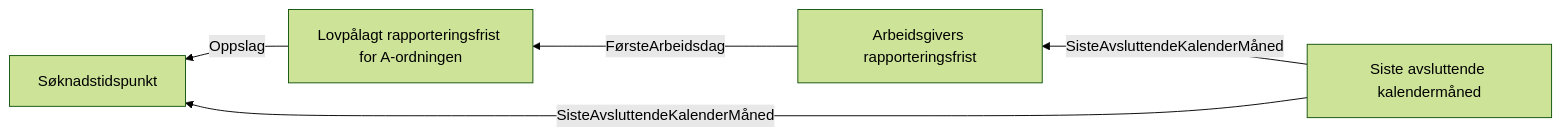
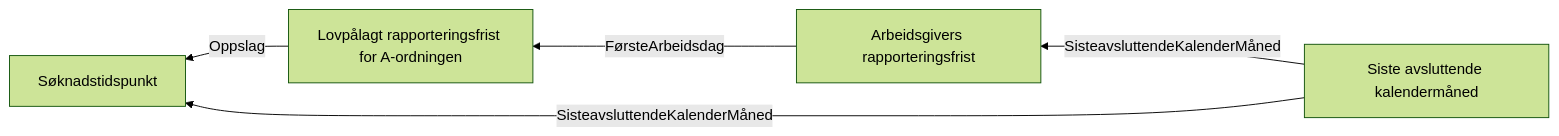
One commit to navikt/dp-vedtak changed the diagram in docs/regler/Dagpengeforskriften § 3A-2. Siste avsluttede kalendermåned.approved.md. Above: the diagram before and after it, drawn with Mermaid (forest theme). The commit also changed other lines of this file and 4 other files, not shown here.

Commit message:
Gjør siste avsluttende kalendermåned regel generell.

````diff
--- a/docs/regler/Dagpengeforskriften § 3A-2. Siste avsluttede kalendermåned.approved.md
+++ b/docs/regler/Dagpengeforskriften § 3A-2. Siste avsluttede kalendermåned.approved.md
@@ -5,7 +5,7 @@
 ```mermaid
 graph RL
   A["Lovpålagt rapporteringsfrist for A-ordningen"] -->|"Oppslag"| B["Søknadstidspunkt"]
   C["Arbeidsgivers rapporteringsfrist"] -->|"FørsteArbeidsdag"| A["Lovpålagt rapporteringsfrist for A-ordningen"]
-  D["Siste avsluttende kalendermåned"] -->|"SisteAvsluttendeKalenderMåned"| B["Søknadstidspunkt"]
-  D["Siste avsluttende kalendermåned"] -->|"SisteAvsluttendeKalenderMåned"| C["Arbeidsgivers rapporteringsfrist"]
+  D["Siste avsluttende kalendermåned"] -->|"SisteavsluttendeKalenderMåned"| B["Søknadstidspunkt"]
+  D["Siste avsluttende kalendermåned"] -->|"SisteavsluttendeKalenderMåned"| C["Arbeidsgivers rapporteringsfrist"]
 ```
````
